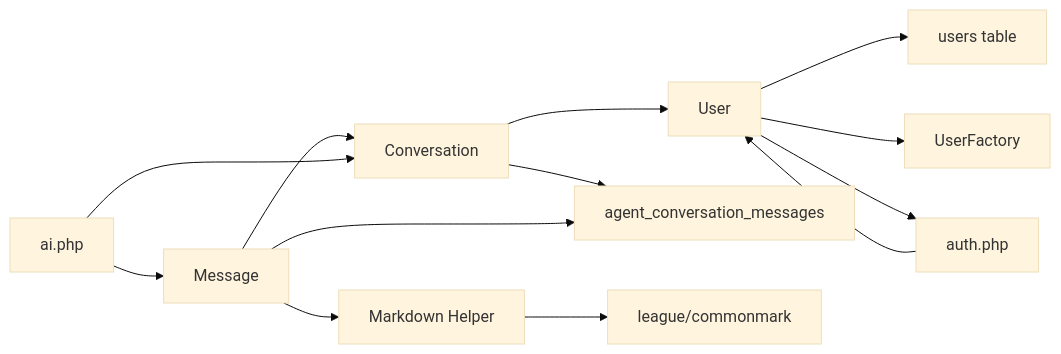
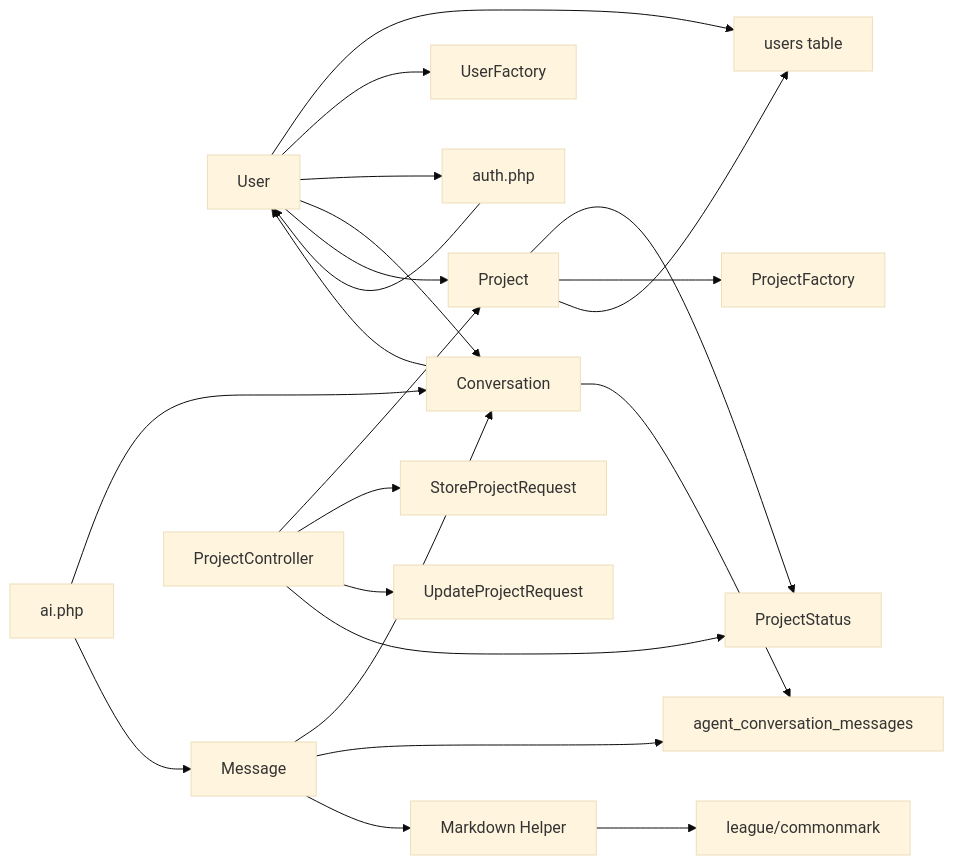
Before and after one commit to siimliimand/laravel-assistant: the sixth of 6 diagrams in .qoder/repowiki/en/content/Laravel Application Components/Models.md, drawn with Mermaid (base theme). The commit also changed other lines of this file and 6 other files, not shown here.

First line of the commit message:
feat(database): add project management schema with ownership and status tracking

````diff
--- a/.qoder/repowiki/en/content/Laravel Application Components/Models.md
+++ b/.qoder/repowiki/en/content/Laravel Application Components/Models.md
@@ -438,15 +717,24 @@
 ```mermaid
 graph LR
 User["User"] --> UsersTable["users table"]
 User --> UserFactory["UserFactory"]
 User --> AuthConfig["auth.php"]
-Conversation["Conversation"] --> MessagesTable["agent_conversation_messages"]
+User --> Conversation["Conversation"]
+User --> Project["Project"]
+Project --> ProjectStatus["ProjectStatus"]
+Project --> ProjectFactory["ProjectFactory"]
+Project --> UsersTable
+Conversation --> MessagesTable["agent_conversation_messages"]
 Conversation --> User
-Message["Message"] --> Conversation
+Message --> Conversation
 Message --> MessagesTable
 Message --> MarkdownHelper["Markdown Helper"]
 MarkdownHelper --> CommonMark["league/commonmark"]
 AuthConfig --> User
 AIConfig["ai.php"] --> Conversation
 AIConfig --> Message
+ProjectController["ProjectController"] --> Project
+ProjectController --> StoreProjectRequest["StoreProjectRequest"]
+ProjectController --> UpdateProjectRequest["UpdateProjectRequest"]
+ProjectController --> ProjectStatus
 ```
````
